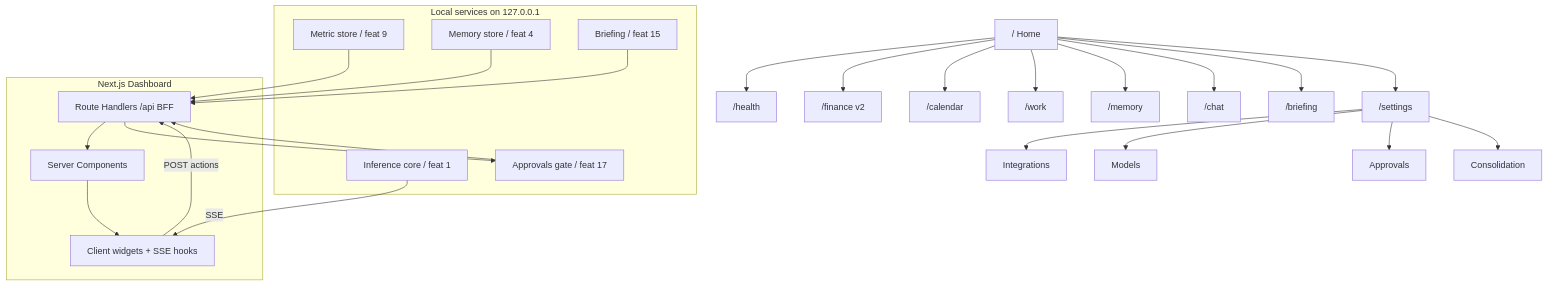
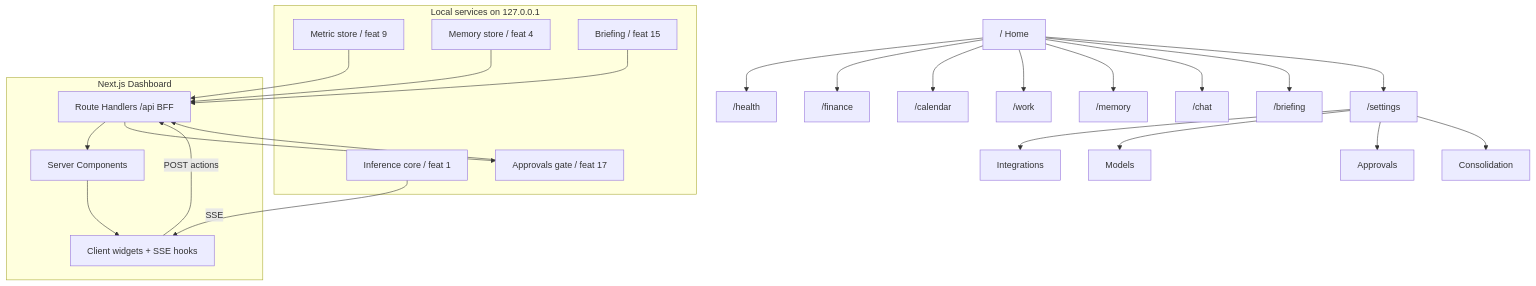
The diagram in features/14-metrics-dashboard-ui.md (Anirudh-Sridharan/Jarvis), drawn with Mermaid before and after one commit. The commit also changed other lines of this file and 4 other files, not shown here.

````diff
--- a/features/14-metrics-dashboard-ui.md
+++ b/features/14-metrics-dashboard-ui.md
@@ -209,27 +214,27 @@
 ```mermaid
 graph TD
   subgraph Services[Local services on 127.0.0.1]
     MS[Metric store / feat 9]
     MEM[Memory store / feat 4]
     INF[Inference core / feat 1]
     APR[Approvals gate / feat 17]
     BRF[Briefing / feat 15]
   end
   subgraph App[Next.js Dashboard]
     BFF[Route Handlers /api BFF]
     RSC[Server Components]
     CLI[Client widgets + SSE hooks]
   end
   MS --> BFF; MEM --> BFF; INF -- SSE --> CLI; APR --> BFF; BRF --> BFF
   BFF --> RSC --> CLI
   CLI -- POST actions --> BFF --> APR
   Home["/ Home"] --> Health["/health"]
-  Home --> Finance["/finance v2"]
+  Home --> Finance["/finance"]
   Home --> Calendar["/calendar"]
   Home --> Work["/work"]
   Home --> Memory["/memory"]
   Home --> Chat["/chat"]
   Home --> Briefing["/briefing"]
   Home --> Settings["/settings"]
   Settings --> Integrations & Models & Approvals & Consolidation
 ```
````
